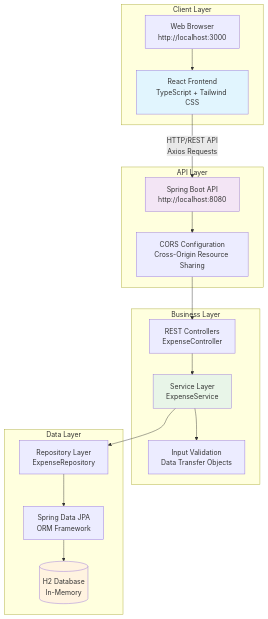
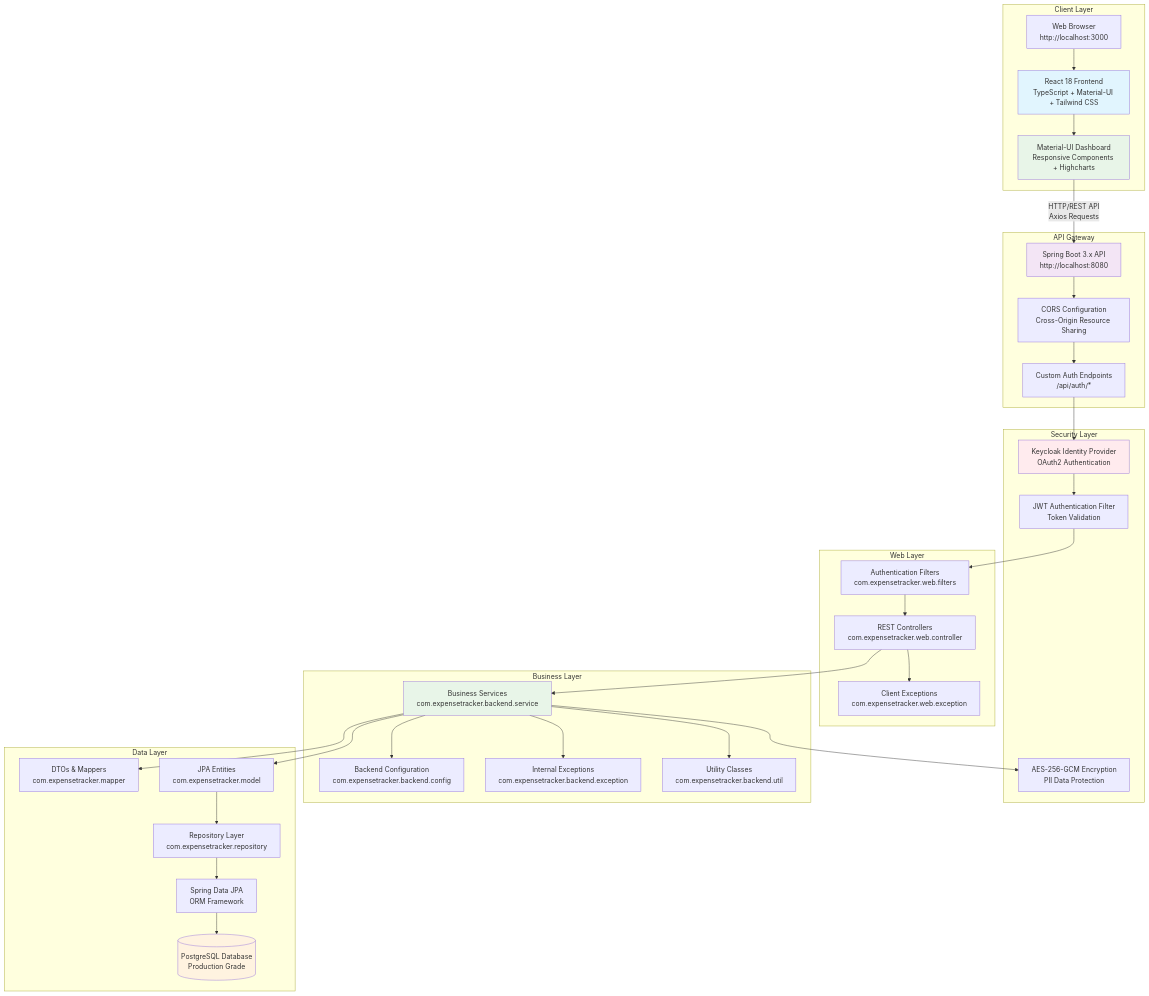
The first of 7 diagrams in docs/architecture.md (GiriSantosh/vibe-code-expense-tracker), drawn with Mermaid before and after one commit. The commit also changed other lines of this file and 76 other files, not shown here.

````diff
--- a/docs/architecture.md
+++ b/docs/architecture.md
@@ -5,39 +5,70 @@
 ```mermaid
 graph TB
     subgraph "Client Layer"
-        UI[React Frontend<br/>TypeScript + Tailwind CSS]
+        UI[React 18 Frontend<br/>TypeScript + Material-UI + Tailwind CSS]
+        MUI[Material-UI Dashboard<br/>Responsive Components + Highcharts]
         Browser[Web Browser<br/>http://localhost:3000]
     end
     
-    subgraph "API Layer"
-        Gateway[Spring Boot API<br/>http://localhost:8080]
+    subgraph "Security Layer"
+        KC[Keycloak Identity Provider<br/>OAuth2 Authentication]
+        JWT[JWT Authentication Filter<br/>Token Validation]
+        ENC[AES-256-GCM Encryption<br/>PII Data Protection]
+    end
+    
+    subgraph "API Gateway"
+        SPRING[Spring Boot 3.x API<br/>http://localhost:8080]
         CORS[CORS Configuration<br/>Cross-Origin Resource Sharing]
+        AUTH[Custom Auth Endpoints<br/>/api/auth/*]
+    end
+    
+    subgraph "Web Layer"
+        CONTROLLER[REST Controllers<br/>com.expensetracker.web.controller]
+        FILTER[Authentication Filters<br/>com.expensetracker.web.filters]
+        WEB_EX[Client Exceptions<br/>com.expensetracker.web.exception]
     end
     
     subgraph "Business Layer"
-        Controller[REST Controllers<br/>ExpenseController]
-        Service[Service Layer<br/>ExpenseService]
-        Validation[Input Validation<br/>Data Transfer Objects]
+        SERVICE[Business Services<br/>com.expensetracker.backend.service]
+        CONFIG[Backend Configuration<br/>com.expensetracker.backend.config]
+        BACKEND_EX[Internal Exceptions<br/>com.expensetracker.backend.exception]
+        UTIL[Utility Classes<br/>com.expensetracker.backend.util]
     end
     
     subgraph "Data Layer"
-        Repository[Repository Layer<br/>ExpenseRepository]
+        MAPPER[DTOs & Mappers<br/>com.expensetracker.mapper]
+        MODEL[JPA Entities<br/>com.expensetracker.model]
+        REPO[Repository Layer<br/>com.expensetracker.repository]
         JPA[Spring Data JPA<br/>ORM Framework]
-        Database[(H2 Database<br/>In-Memory)]
+        Database[(PostgreSQL Database<br/>Production Grade)]
     end
     
     Browser --> UI
-    UI --> |HTTP/REST API<br/>Axios Requests| Gateway
-    Gateway --> CORS
-    CORS --> Controller
-    Controller --> Service
-    Service --> Validation
-    Service --> Repository
-    Repository --> JPA
+    UI --> MUI
+    MUI --> |HTTP/REST API<br/>Axios Requests| SPRING
+    SPRING --> CORS
+    CORS --> AUTH
+    AUTH --> KC
+    KC --> JWT
+    JWT --> FILTER
+    FILTER --> CONTROLLER
+    CONTROLLER --> SERVICE
+    SERVICE --> ENC
+    SERVICE --> MAPPER
+    SERVICE --> MODEL
+    MODEL --> REPO
+    REPO --> JPA
     JPA --> Database
     
+    CONTROLLER --> WEB_EX
+    SERVICE --> BACKEND_EX
+    SERVICE --> CONFIG
+    SERVICE --> UTIL
+    
     style UI fill:#e1f5fe
-    style Gateway fill:#f3e5f5
-    style Service fill:#e8f5e8
+    style MUI fill:#e8f5e8
+    style KC fill:#ffebee
+    style SPRING fill:#f3e5f5
+    style SERVICE fill:#e8f5e8
     style Database fill:#fff3e0
 ```
````
